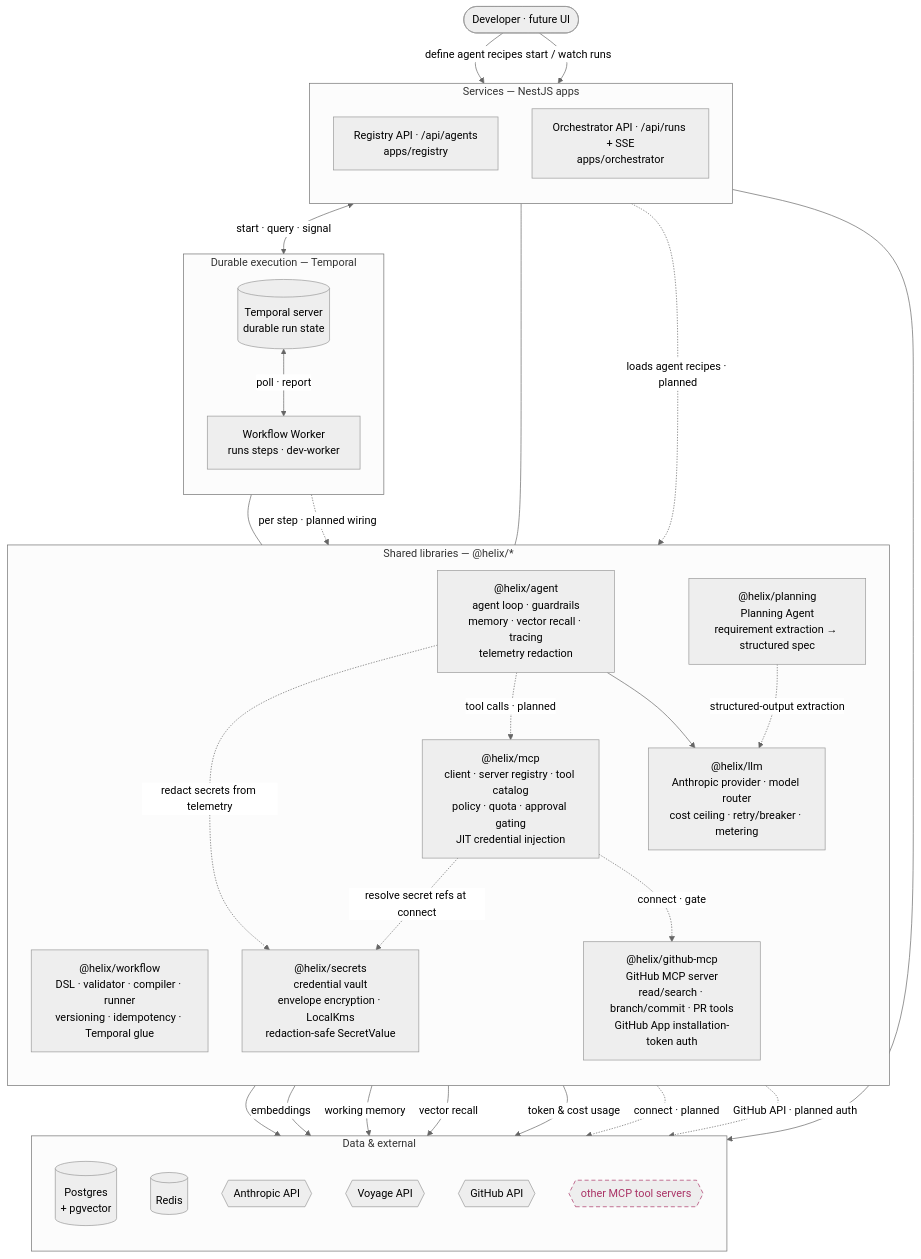
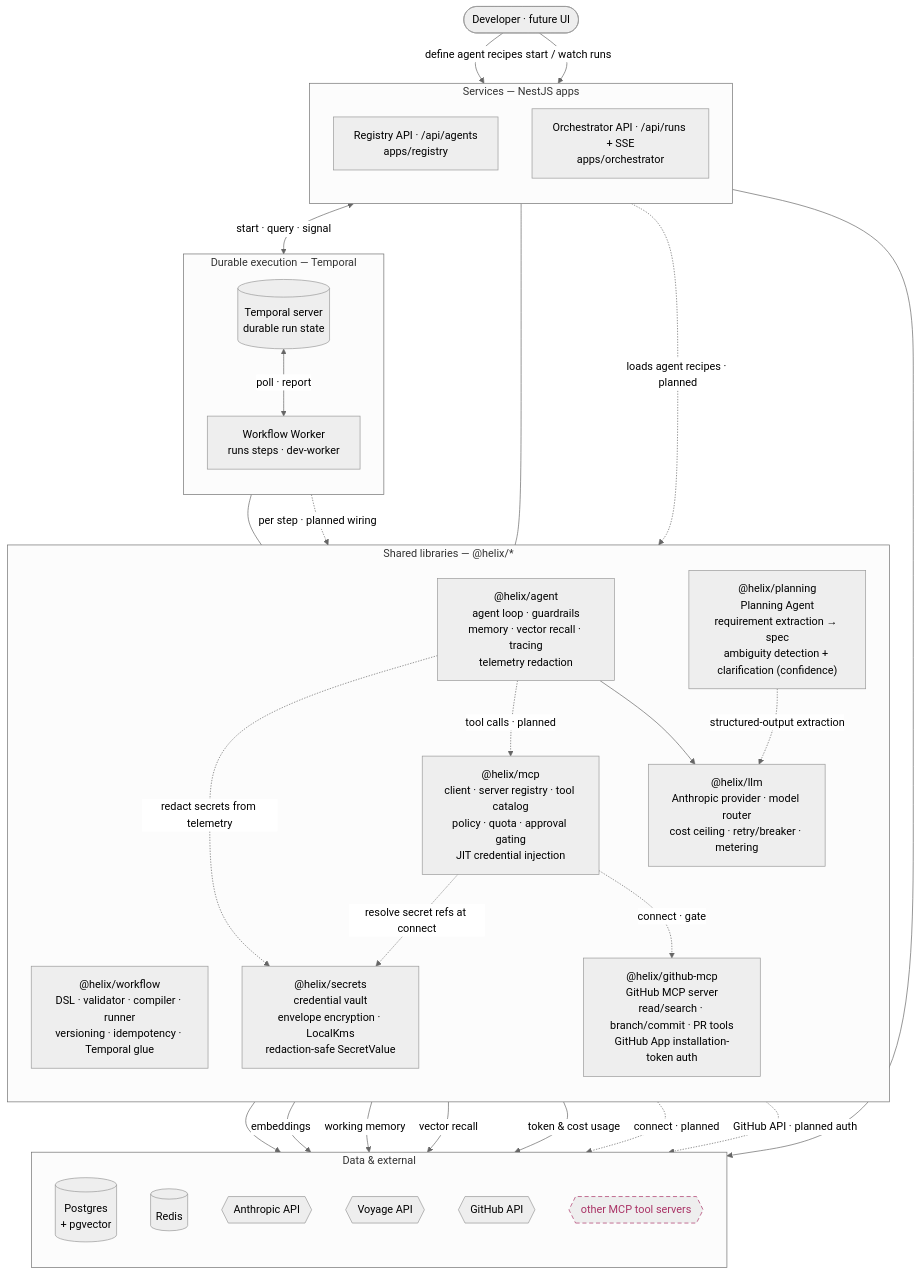
Before and after one commit to shhashhank/helix: the first of 2 diagrams in docs/ARCHITECTURE.md, drawn with Mermaid (neutral theme). The commit also changed 4 other files, not shown here.

First line of the commit message:
HELIX-94: ambiguity detection + clarification question generation (#55)

````diff
--- a/docs/ARCHITECTURE.md
+++ b/docs/ARCHITECTURE.md
@@ -16,63 +16,63 @@
 ```mermaid
 flowchart TB
   user([Developer · future UI])
 
   subgraph svc["Services — NestJS apps"]
     direction TB
     reg["Registry API · /api/agents<br/>apps/registry"]
     orc["Orchestrator API · /api/runs + SSE<br/>apps/orchestrator"]
   end
 
   subgraph dur["Durable execution — Temporal"]
     direction TB
     tmp[("Temporal server<br/>durable run state")]
     wkr["Workflow Worker<br/>runs steps · dev-worker"]
   end
 
   subgraph lib["Shared libraries — @helix/*"]
     direction TB
     wf["@helix/workflow<br/>DSL · validator · compiler · runner<br/>versioning · idempotency · Temporal glue"]
     ag["@helix/agent<br/>agent loop · guardrails<br/>memory · vector recall · tracing<br/>telemetry redaction"]
     lm["@helix/llm<br/>Anthropic provider · model router<br/>cost ceiling · retry/breaker · metering"]
     mc["@helix/mcp<br/>client · server registry · tool catalog<br/>policy · quota · approval gating<br/>JIT credential injection"]
     gh["@helix/github-mcp<br/>GitHub MCP server<br/>read/search · branch/commit · PR tools<br/>GitHub App installation-token auth"]
     sec["@helix/secrets<br/>credential vault<br/>envelope encryption · LocalKms<br/>redaction-safe SecretValue"]
-    pl["@helix/planning<br/>Planning Agent<br/>requirement extraction → structured spec"]
+    pl["@helix/planning<br/>Planning Agent<br/>requirement extraction → spec<br/>ambiguity detection + clarification (confidence)"]
   end
 
   subgraph dat["Data & external"]
     direction TB
     pg[("Postgres<br/>+ pgvector")]
     rd[("Redis")]
     an{{Anthropic API}}
     vo{{Voyage API}}
     gha{{GitHub API}}
     ext{{other MCP tool servers}}
   end
 
   user -->|define agent recipes| reg
   user -->|start / watch runs| orc
   reg --> pg
   orc <-->|start · query · signal| tmp
   tmp <-->|poll · report| wkr
   wkr --- wf
   orc --- wf
   wkr -.->|per step · planned wiring| ag
   reg -.->|loads agent recipes · planned| ag
   ag --> lm
   ag -.->|tool calls · planned| mc
   lm --> an
   ag -->|embeddings| vo
   ag -->|working memory| rd
   ag -->|vector recall| pg
   lm -->|token & cost usage| pg
   mc -.->|connect · gate| gh
   mc -.->|connect · planned| ext
   mc -.->|resolve secret refs at connect| sec
   ag -.->|redact secrets from telemetry| sec
   pl -.->|structured-output extraction| lm
   gh -.->|GitHub API · planned auth| gha
 
   classDef planned stroke-dasharray:6 4,stroke:#a36,color:#a36;
   class ext planned;
 ```
````
